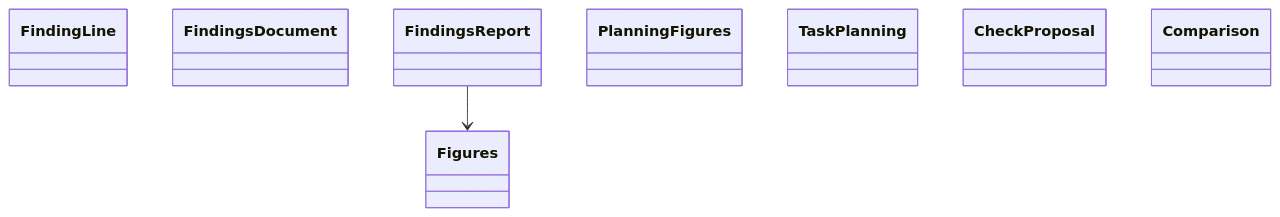
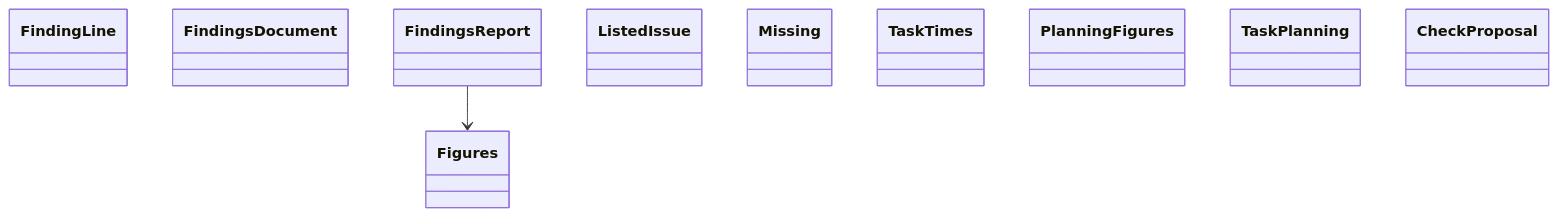
The diagram in docs/architecture/generated/classes-measurement-domain-reports-1.md (GonzaloZevallos/agentic-system), drawn with Mermaid before and after one commit. The commit also changed 12 other files, not shown here.

Commit message:
Keep times_for out of the measurement domain page, which is at its edge budget, and commit the regenerated architecture pages

````diff
--- a/docs/architecture/generated/classes-measurement-domain-reports-1.md
+++ b/docs/architecture/generated/classes-measurement-domain-reports-1.md
@@ -10,12 +10,14 @@
 ```mermaid
 classDiagram
     class findings_report__Figures["Figures"]
     class findings_report__FindingLine["FindingLine"]
     class findings_report__FindingsDocument["FindingsDocument"]
     class findings_report__FindingsReport["FindingsReport"]
+    class issue_listing__ListedIssue["ListedIssue"]
+    class issue_listing__Missing["Missing"]
+    class issue_listing__TaskTimes["TaskTimes"]
     class planning__PlanningFigures["PlanningFigures"]
     class planning__TaskPlanning["TaskPlanning"]
     class playbook_window__CheckProposal["CheckProposal"]
-    class playbook_window__Comparison["Comparison"]
     findings_report__FindingsReport --> findings_report__Figures
 ```
````
